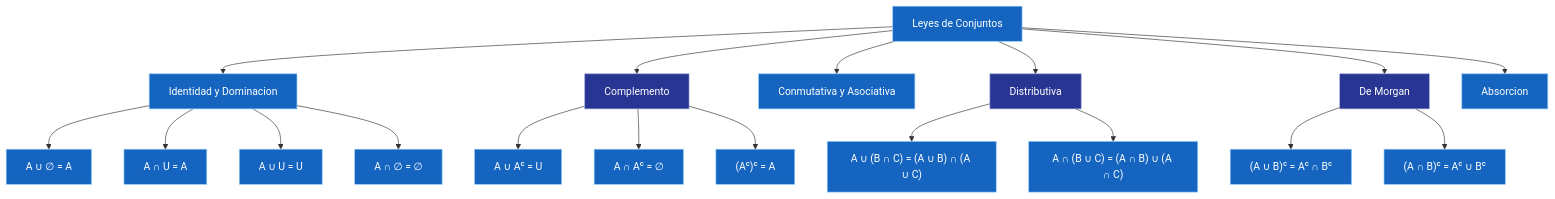
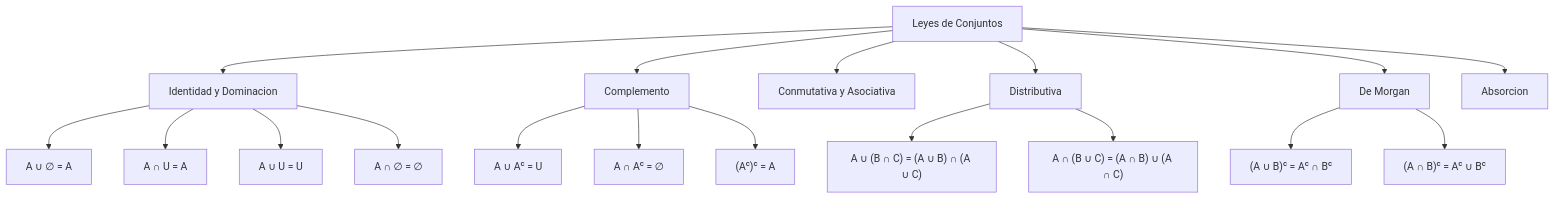
The diagram in src/site/notes/Universidad/3er Semestre/Matemáticas Discretas/Unidad 1 - Logica y Conjuntos/IV - Teoría de Conjuntos/03 - Leyes de Conjuntos.md (Fsteven22/Notas-ESPOL), drawn with Mermaid before and after one commit. The commit also changed other lines of this file and 181 other files, not shown here.

````diff
--- a/src/site/notes/Universidad/3er Semestre/Matemáticas Discretas/Unidad 1 - Logica y Conjuntos/IV - Teoría de Conjuntos/03 - Leyes de Conjuntos.md
+++ b/src/site/notes/Universidad/3er Semestre/Matemáticas Discretas/Unidad 1 - Logica y Conjuntos/IV - Teoría de Conjuntos/03 - Leyes de Conjuntos.md
@@ -247,43 +238,25 @@
 ```mermaid
 graph TD
     A[Leyes de Conjuntos] --> B[Identidad y Dominacion]
     A --> C[Complemento]
     A --> D[Conmutativa y Asociativa]
     A --> E[Distributiva]
     A --> F[De Morgan]
     A --> G[Absorcion]
 
     B --> B1["A ∪ ∅ = A"]
     B --> B2["A ∩ U = A"]
     B --> B3["A ∪ U = U"]
     B --> B4["A ∩ ∅ = ∅"]
 
     C --> C1["A ∪ Aᶜ = U"]
     C --> C2["A ∩ Aᶜ = ∅"]
     C --> C3["(Aᶜ)ᶜ = A"]
 
     E --> E1["A ∪ (B ∩ C) = (A ∪ B) ∩ (A ∪ C)"]
     E --> E2["A ∩ (B ∪ C) = (A ∩ B) ∪ (A ∩ C)"]
 
     F --> F1["(A ∪ B)ᶜ = Aᶜ ∩ Bᶜ"]
     F --> F2["(A ∩ B)ᶜ = Aᶜ ∪ Bᶜ"]
-    style A fill:#1565C0,color:#FFFFFF,stroke:#90CAF9,stroke-width:1px
-    style B fill:#1565C0,color:#FFFFFF,stroke:#90CAF9,stroke-width:1px
-    style B1 fill:#1565C0,color:#FFFFFF,stroke:#90CAF9,stroke-width:1px
-    style B2 fill:#1565C0,color:#FFFFFF,stroke:#90CAF9,stroke-width:1px
-    style B3 fill:#1565C0,color:#FFFFFF,stroke:#90CAF9,stroke-width:1px
-    style B4 fill:#1565C0,color:#FFFFFF,stroke:#90CAF9,stroke-width:1px
-    style C fill:#283593,color:#FFFFFF,stroke:#9FA8DA,stroke-width:1px
-    style C1 fill:#1565C0,color:#FFFFFF,stroke:#90CAF9,stroke-width:1px
-    style C2 fill:#1565C0,color:#FFFFFF,stroke:#90CAF9,stroke-width:1px
-    style C3 fill:#1565C0,color:#FFFFFF,stroke:#90CAF9,stroke-width:1px
-    style D fill:#1565C0,color:#FFFFFF,stroke:#90CAF9,stroke-width:1px
-    style E fill:#283593,color:#FFFFFF,stroke:#9FA8DA,stroke-width:1px
-    style E1 fill:#1565C0,color:#FFFFFF,stroke:#90CAF9,stroke-width:1px
-    style E2 fill:#1565C0,color:#FFFFFF,stroke:#90CAF9,stroke-width:1px
-    style F fill:#283593,color:#FFFFFF,stroke:#9FA8DA,stroke-width:1px
-    style F1 fill:#1565C0,color:#FFFFFF,stroke:#90CAF9,stroke-width:1px
-    style F2 fill:#1565C0,color:#FFFFFF,stroke:#90CAF9,stroke-width:1px
-    style G fill:#1565C0,color:#FFFFFF,stroke:#90CAF9,stroke-width:1px
 
 ```
````
